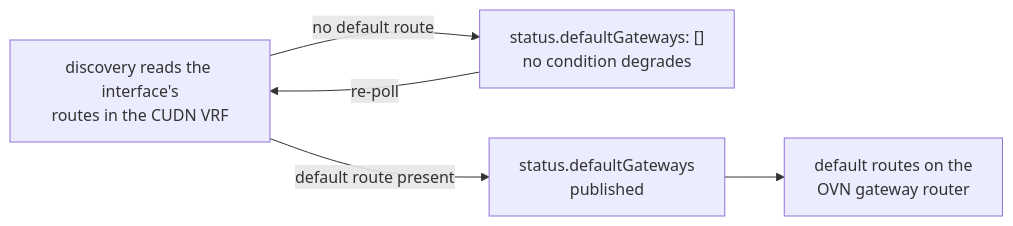
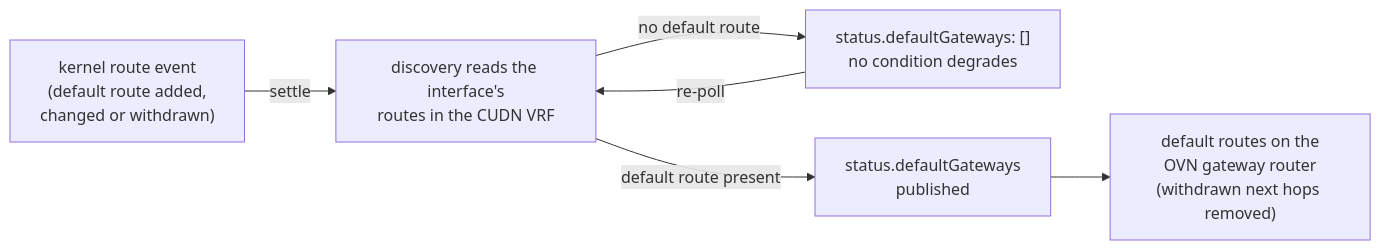
The second of 2 diagrams in docs/features/user-defined-networks/uplinks.md (ricky-rav/ovn-kubernetes), drawn with Mermaid before and after one commit. The commit also changed other lines of this file and 1 other file, not shown here.

First line of the commit message:
docs: Uplink discovery follows kernel route events

````diff
--- a/docs/features/user-defined-networks/uplinks.md
+++ b/docs/features/user-defined-networks/uplinks.md
@@ -242,7 +250,8 @@
 ```mermaid
 flowchart LR
-    poll["discovery reads the interface's<br/>routes in the CUDN VRF"] -->|no default route| empty["status.defaultGateways: []<br/>no condition degrades"]
+    ev["kernel route event<br/>(default route added,<br/>changed or withdrawn)"] -->|settle| poll["discovery reads the interface's<br/>routes in the CUDN VRF"]
+    poll -->|no default route| empty["status.defaultGateways: []<br/>no condition degrades"]
     empty -->|re-poll| poll
     poll -->|default route present| pub["status.defaultGateways<br/>published"]
-    pub --> gr["default routes on the<br/>OVN gateway router"]
+    pub --> gr["default routes on the<br/>OVN gateway router<br/>(withdrawn next hops removed)"]
 ```
````
